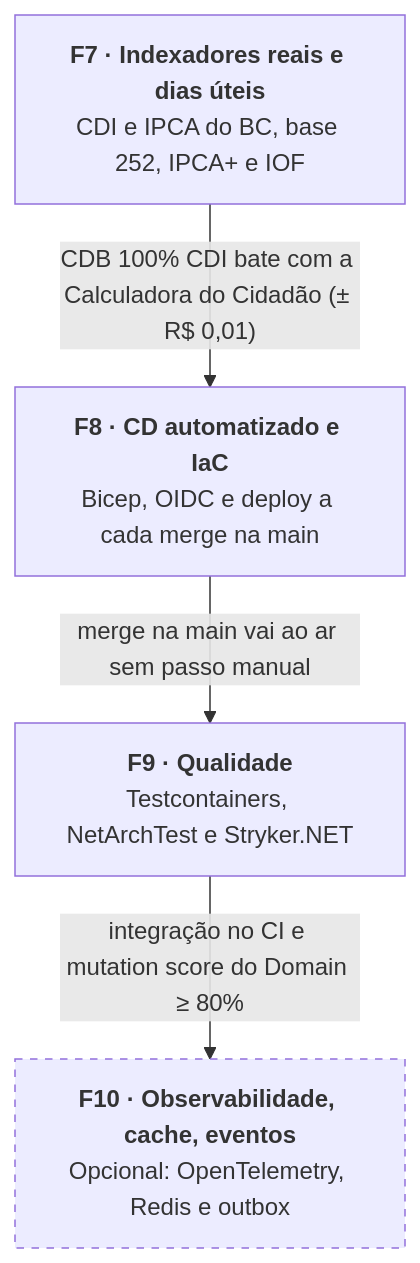
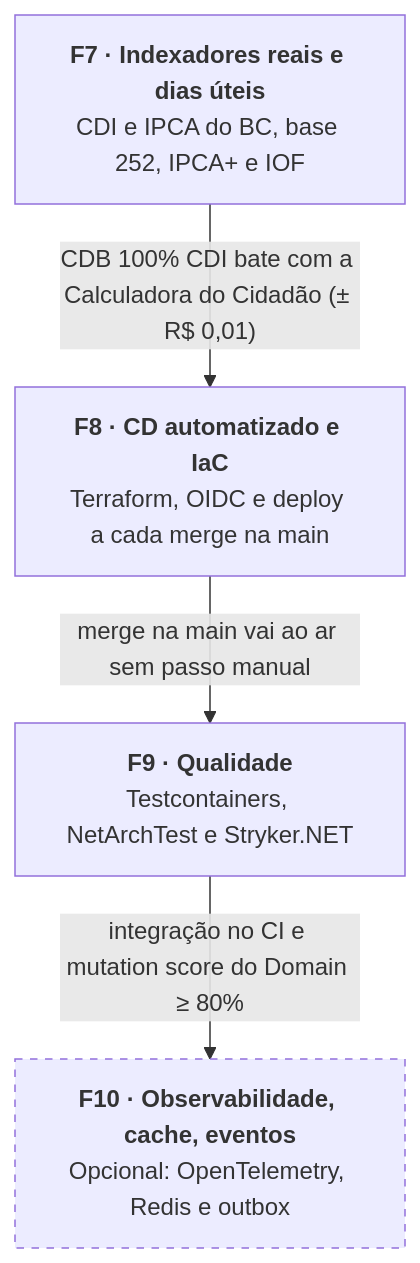
The diagram in docs/ROADMAP.md (matheuscardosolazzarini/renda-fixa-api), drawn with Mermaid before and after one commit. The commit also changed other lines of this file and 2 other files, not shown here.

Commit message:
v2 terraform como Iac da F8

````diff
--- a/docs/ROADMAP.md
+++ b/docs/ROADMAP.md
@@ -31,11 +31,11 @@
 ```mermaid
 flowchart TD
     F7["<b>F7 · Indexadores reais e dias úteis</b><br/>CDI e IPCA do BC, base 252, IPCA+ e IOF"]
-    F8["<b>F8 · CD automatizado e IaC</b><br/>Bicep, OIDC e deploy a cada merge na main"]
+    F8["<b>F8 · CD automatizado e IaC</b><br/>Terraform, OIDC e deploy a cada merge na main"]
     F9["<b>F9 · Qualidade</b><br/>Testcontainers, NetArchTest e Stryker.NET"]
     F10["<b>F10 · Observabilidade, cache, eventos</b><br/>Opcional: OpenTelemetry, Redis e outbox"]
     F7 -- "CDB 100% CDI bate com a Calculadora do Cidadão (± R$ 0,01)" --> F8
     F8 -- "merge na main vai ao ar sem passo manual" --> F9
     F9 -- "integração no CI e mutation score do Domain ≥ 80%" --> F10
     style F10 stroke-dasharray: 5 5
 ```
````
